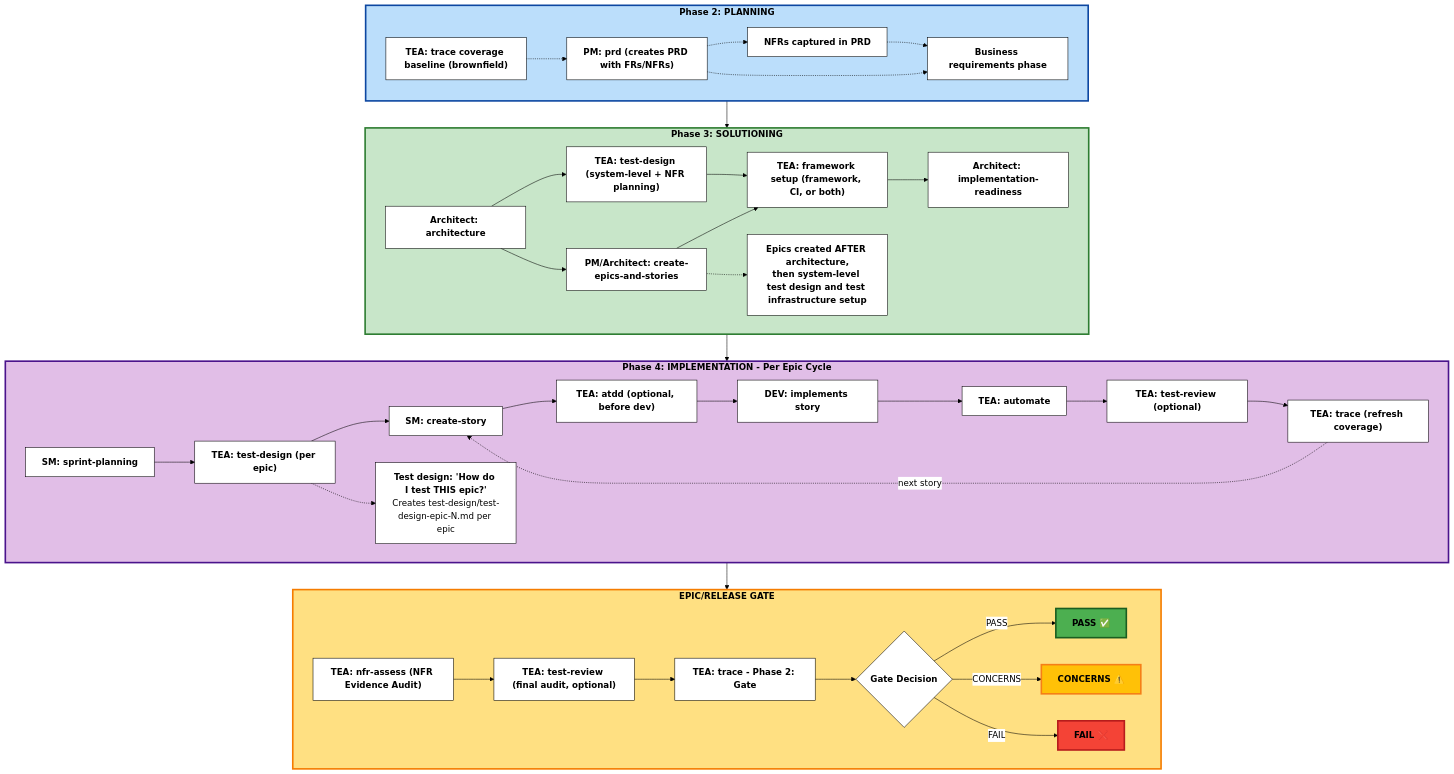
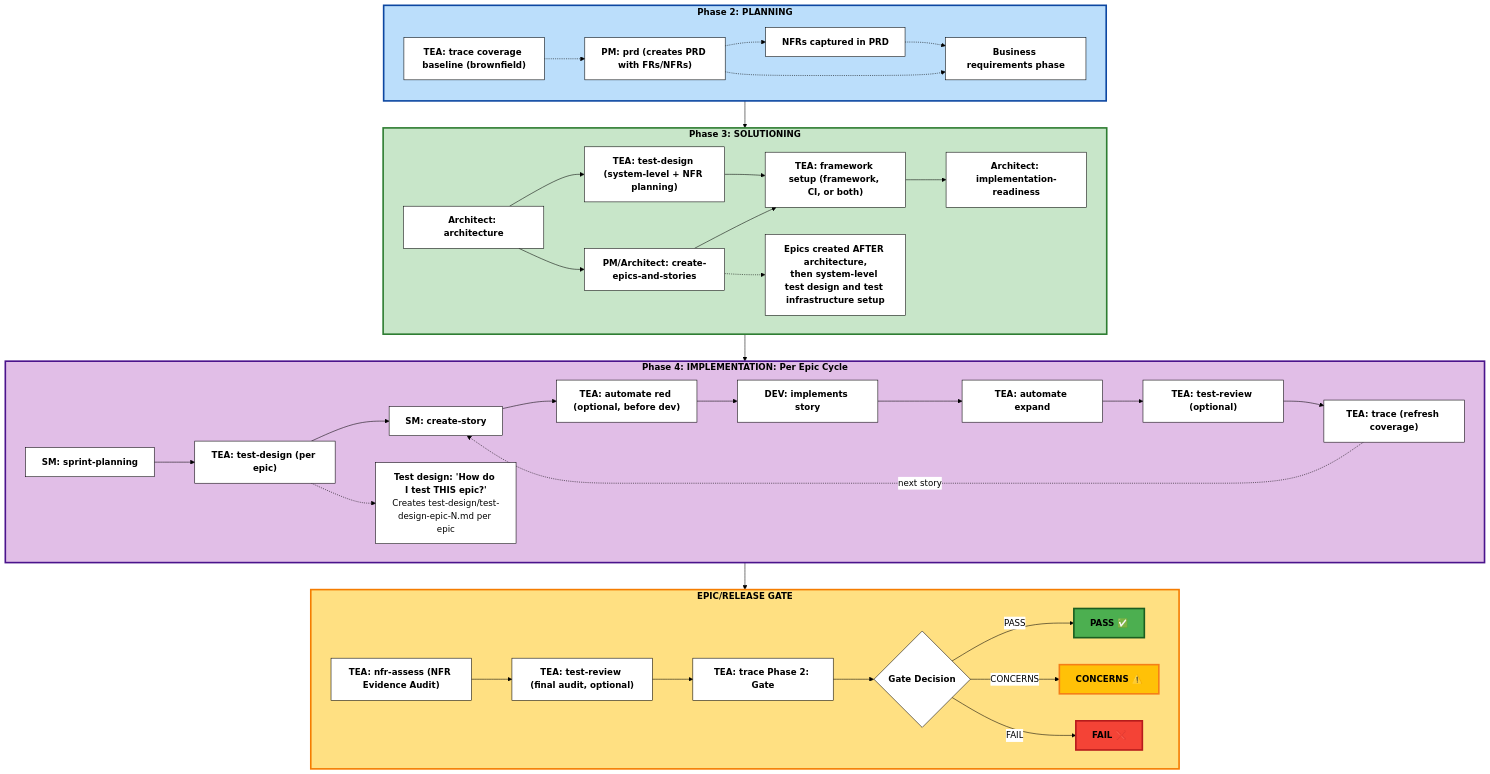
One commit to bmad-code-org/bmad-method-test-architecture-enterprise changed the diagram in docs/explanation/tea-overview.md. Above: the diagram before and after it, drawn with Mermaid. The commit also changed other lines of this file and 60 other files, not shown here.

````diff
--- a/docs/explanation/tea-overview.md
+++ b/docs/explanation/tea-overview.md
@@ -68,77 +78,77 @@
 ```mermaid
 %%{init: {'theme':'base', 'themeVariables': { 'primaryColor':'#fff','primaryTextColor':'#000','primaryBorderColor':'#000','lineColor':'#000','secondaryColor':'#fff','tertiaryColor':'#fff','fontSize':'16px','fontFamily':'arial'}}}%%
 graph TB
     subgraph Phase2["<b>Phase 2: PLANNING</b>"]
         TraceBaseline["<b>TEA: trace coverage baseline (brownfield)</b>"]
         PM["<b>PM: prd (creates PRD with FRs/NFRs)</b>"]
         TraceBaseline -.-> PM
         PlanNote["<b>Business requirements phase</b>"]
         PrdNfr["<b>NFRs captured in PRD</b>"]
         PM -.-> PrdNfr
         PrdNfr -.-> PlanNote
         PM -.-> PlanNote
     end
 
     subgraph Phase3["<b>Phase 3: SOLUTIONING</b>"]
         Architecture["<b>Architect: architecture</b>"]
         EpicsStories["<b>PM/Architect: create-epics-and-stories</b>"]
         TestDesignSys["<b>TEA: test-design (system-level + NFR planning)</b>"]
         Framework["<b>TEA: framework setup (framework, CI, or both)</b>"]
         GateCheck["<b>Architect: implementation-readiness</b>"]
         Architecture --> EpicsStories
         Architecture --> TestDesignSys
         TestDesignSys --> Framework
         EpicsStories --> Framework
         Framework --> GateCheck
         Phase3Note["<b>Epics created AFTER architecture,</b><br/><b>then system-level test design and test infrastructure setup</b>"]
         EpicsStories -.-> Phase3Note
     end
 
-    subgraph Phase4["<b>Phase 4: IMPLEMENTATION - Per Epic Cycle</b>"]
+    subgraph Phase4["<b>Phase 4: IMPLEMENTATION: Per Epic Cycle</b>"]
         SprintPlan["<b>SM: sprint-planning</b>"]
         TestDesign["<b>TEA: test-design (per epic)</b>"]
         CreateStory["<b>SM: create-story</b>"]
-        ATDD["<b>TEA: atdd (optional, before dev)</b>"]
+        ATDD["<b>TEA: automate red (optional, before dev)</b>"]
         DevImpl["<b>DEV: implements story</b>"]
-        Automate["<b>TEA: automate</b>"]
+        Automate["<b>TEA: automate expand</b>"]
         TestReview1["<b>TEA: test-review (optional)</b>"]
         Trace1["<b>TEA: trace (refresh coverage)</b>"]
 
         SprintPlan --> TestDesign
         TestDesign --> CreateStory
         CreateStory --> ATDD
         ATDD --> DevImpl
         DevImpl --> Automate
         Automate --> TestReview1
         TestReview1 --> Trace1
         Trace1 -.->|next story| CreateStory
         TestDesignNote["<b>Test design: 'How do I test THIS epic?'</b><br/>Creates test-design/test-design-epic-N.md per epic"]
         TestDesign -.-> TestDesignNote
     end
 
     subgraph Gate["<b>EPIC/RELEASE GATE</b>"]
         NFR["<b>TEA: nfr-assess (NFR Evidence Audit)</b>"]
         TestReview2["<b>TEA: test-review (final audit, optional)</b>"]
-        TraceGate["<b>TEA: trace - Phase 2: Gate</b>"]
+        TraceGate["<b>TEA: trace Phase 2: Gate</b>"]
         GateDecision{"<b>Gate Decision</b>"}
 
         NFR --> TestReview2
         TestReview2 --> TraceGate
         TraceGate --> GateDecision
         GateDecision -->|PASS| Pass["<b>PASS ✅</b>"]
         GateDecision -->|CONCERNS| Concerns["<b>CONCERNS ⚠️</b>"]
         GateDecision -->|FAIL| Fail["<b>FAIL ❌</b>"]
     end
 
     Phase2 --> Phase3
     Phase3 --> Phase4
     Phase4 --> Gate
 
     style Phase2 fill:#bbdefb,stroke:#0d47a1,stroke-width:3px,color:#000
     style Phase3 fill:#c8e6c9,stroke:#2e7d32,stroke-width:3px,color:#000
     style Phase4 fill:#e1bee7,stroke:#4a148c,stroke-width:3px,color:#000
     style Gate fill:#ffe082,stroke:#f57c00,stroke-width:3px,color:#000
     style Pass fill:#4caf50,stroke:#1b5e20,stroke-width:3px,color:#000
     style Concerns fill:#ffc107,stroke:#f57f17,stroke-width:3px,color:#000
     style Fail fill:#f44336,stroke:#b71c1c,stroke-width:3px,color:#000
 ```
````
